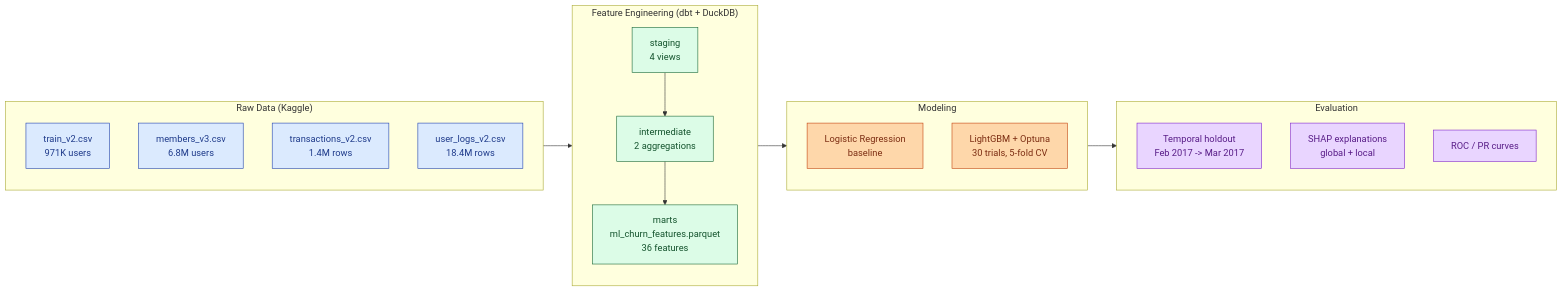
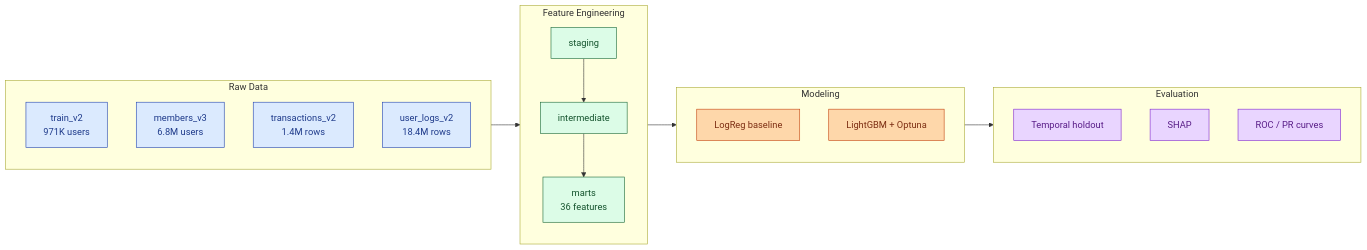
One commit to mponsclo/music-streaming-churn-prediction changed the diagram in README.md. Above: the diagram before and after it, drawn with Mermaid. The commit also changed other lines of this file and 1 other file, not shown here.

Commit message:
Tighten architecture diagram and add KKBox logo
- Shorten Mermaid node labels and collapse FE subgraph to a single chain
  so the diagram renders narrower without text overflowing node borders.
- Drop the two-line FE subgraph title that was clipping into the first
  node on GitHub's renderer.
- Add KKBox logo inline in the Problem section (right-aligned, 140px)
  where the service is first described.

````diff
--- a/README.md
+++ b/README.md
@@ -17,44 +17,39 @@
 ```mermaid
 flowchart LR
-    subgraph RAW["Raw Data (Kaggle)"]
+    subgraph RAW["Raw Data"]
         direction TB
-        R1[train_v2.csv<br/>971K users]
-        R2[members_v3.csv<br/>6.8M users]
-        R3[transactions_v2.csv<br/>1.4M rows]
-        R4[user_logs_v2.csv<br/>18.4M rows]
+        R1[train_v2<br/>971K users]
+        R2[members_v3<br/>6.8M users]
+        R3[transactions_v2<br/>1.4M rows]
+        R4[user_logs_v2<br/>18.4M rows]
     end
 
-    subgraph FE["Feature Engineering (dbt + DuckDB)"]
+    subgraph FE["Feature Engineering"]
         direction TB
-        S[staging<br/>4 views]
-        I[intermediate<br/>2 aggregations]
-        M[marts<br/>ml_churn_features.parquet<br/>36 features]
-        S --> I --> M
+        S[staging] --> I[intermediate] --> M[marts<br/>36 features]
     end
 
     subgraph ML["Modeling"]
         direction TB
-        B[Logistic Regression<br/>baseline]
-        L[LightGBM + Optuna<br/>30 trials, 5-fold CV]
+        B[LogReg baseline]
+        L[LightGBM + Optuna]
     end
 
     subgraph EV["Evaluation"]
         direction TB
-        T[Temporal holdout<br/>Feb 2017 -> Mar 2017]
-        SH[SHAP explanations<br/>global + local]
+        T[Temporal holdout]
+        SH[SHAP]
         RC[ROC / PR curves]
     end
 
-    RAW --> FE
-    FE --> ML
-    ML --> EV
+    RAW --> FE --> ML --> EV
 
     classDef raw fill:#dbeafe,stroke:#1e40af,color:#1e3a8a
     classDef fe fill:#dcfce7,stroke:#166534,color:#14532d
     classDef ml fill:#fed7aa,stroke:#c2410c,color:#7c2d12
     classDef ev fill:#e9d5ff,stroke:#7e22ce,color:#581c87
     class R1,R2,R3,R4 raw
     class S,I,M fe
     class B,L ml
     class T,SH,RC ev
 ```
````
